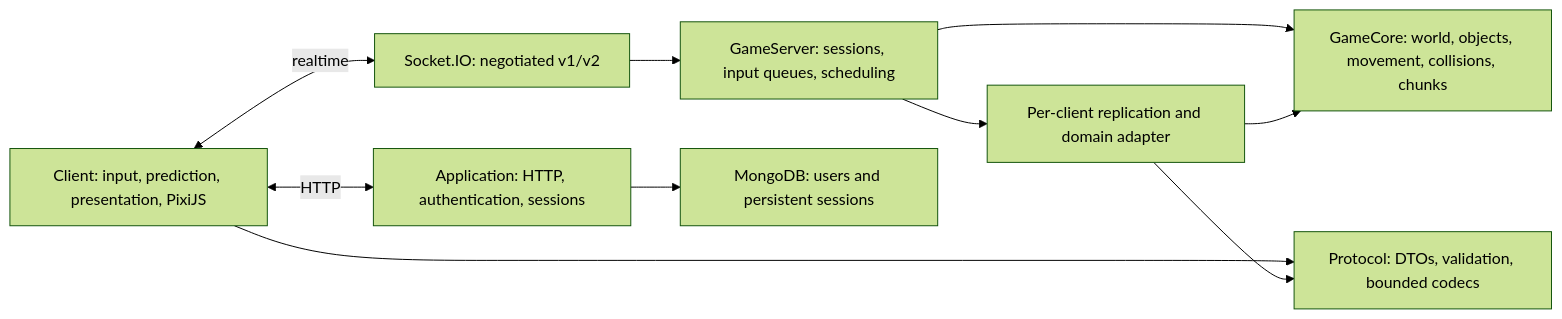
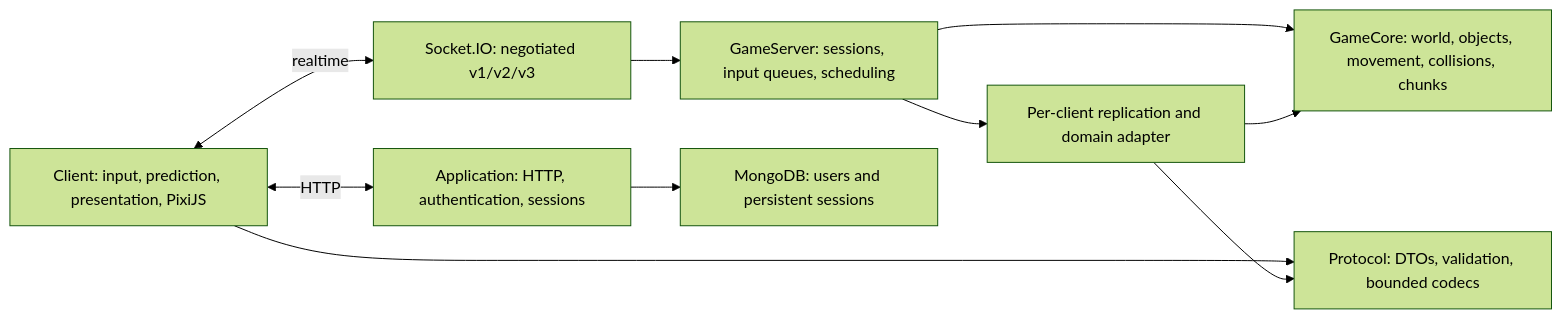
The first of 2 diagrams in docs/architecture.md (Piecha93/NodeMMOGame), drawn with Mermaid (forest theme) before and after one commit. The commit also changed other lines of this file and 30 other files, not shown here.

````diff
--- a/docs/architecture.md
+++ b/docs/architecture.md
@@ -7,21 +7,21 @@
 ```mermaid
 flowchart LR
     Browser["Client: input, prediction, presentation, PixiJS"]
     HTTP["Application: HTTP, authentication, sessions"]
-    Transport["Socket.IO: negotiated v1/v2"]
+    Transport["Socket.IO: negotiated v1/v2/v3"]
     Server["GameServer: sessions, input queues, scheduling"]
     Protocol["Protocol: DTOs, validation, bounded codecs"]
     Replication["Per-client replication and domain adapter"]
     Core["GameCore: world, objects, movement, collisions, chunks"]
     Mongo["MongoDB: users and persistent sessions"]
 
     Browser <-->|"HTTP"| HTTP
     Browser <-->|"realtime"| Transport
     Transport --> Server
     Server --> Core
     Server --> Replication
     Browser --> Protocol
     Replication --> Protocol
     Replication --> Core
     HTTP --> Mongo
 ```
````
